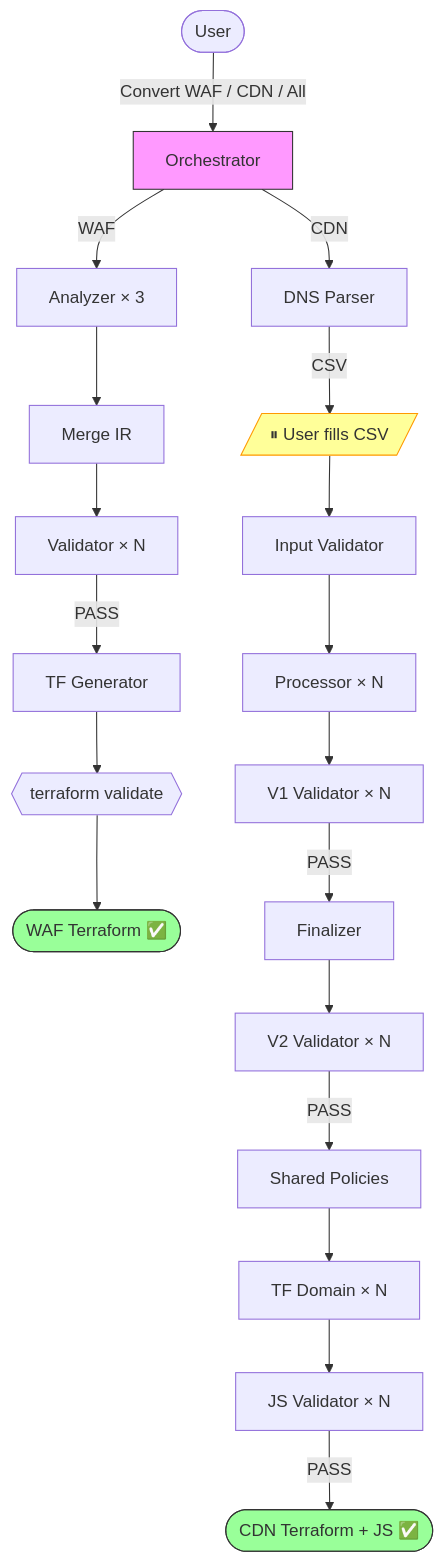
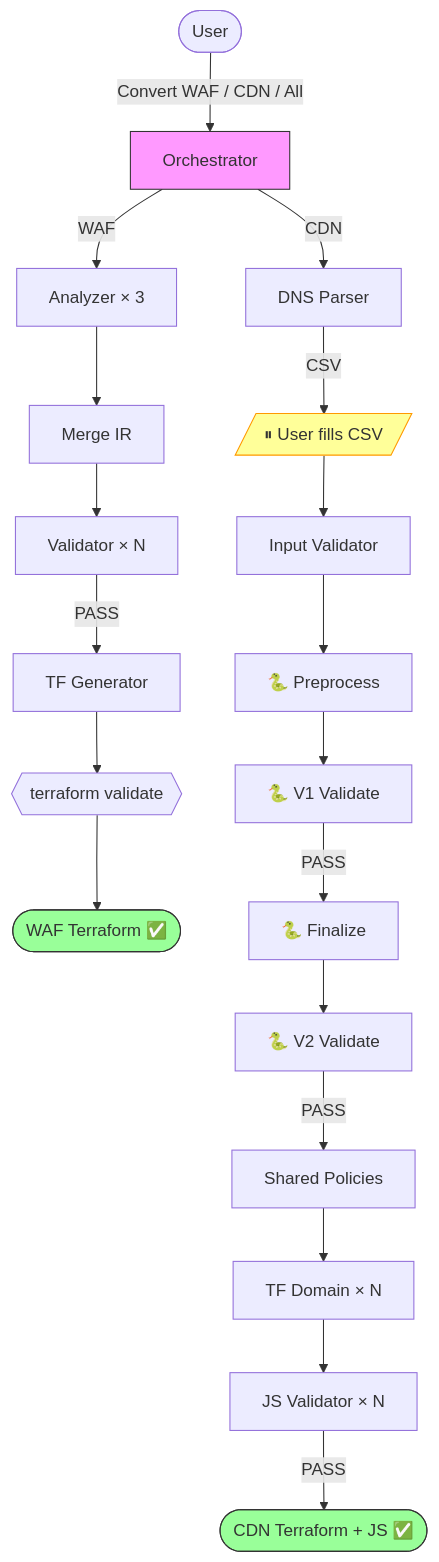
Before and after one commit to chenghit/cloudflare-aws-edge-config-converter: the diagram in README.md, drawn with Mermaid. The commit also changed other lines of this file and 45 other files, not shown here.

````diff
--- a/README.md
+++ b/README.md
@@ -76,22 +78,22 @@
 ```mermaid
 flowchart TD
     User([User]) -->|"Convert WAF / CDN / All"| Main["Orchestrator"]
 
     Main -->|WAF| WAF_A["Analyzer × 3"] --> WAF_M["Merge IR"] --> WAF_V["Validator × N"] -->|PASS| WAF_G["TF Generator"] --> WAF_T{{"terraform validate"}} --> WAF_Done([WAF Terraform ✅])
 
     Main -->|CDN| CDN1["DNS Parser"] -->|CSV| Pause[/"⏸ User fills CSV"/]
     Pause --> CDN2["Input Validator"]
-    CDN2 --> CDN3["Processor × N"]
-    CDN3 --> CDN4["V1 Validator × N"]
-    CDN4 -->|PASS| CDN5["Finalizer"]
-    CDN5 --> CDN6["V2 Validator × N"]
+    CDN2 --> CDN3["🐍 Preprocess"]
+    CDN3 --> CDN4["🐍 V1 Validate"]
+    CDN4 -->|PASS| CDN5["🐍 Finalize"]
+    CDN5 --> CDN6["🐍 V2 Validate"]
     CDN6 -->|PASS| CDN7["Shared Policies"]
     CDN7 --> CDN8["TF Domain × N"]
     CDN8 --> CDN9["JS Validator × N"]
     CDN9 -->|PASS| CDN_Done([CDN Terraform + JS ✅])
 
     style Main fill:#f9f,stroke:#333
     style Pause fill:#ff9,stroke:#f90
     style WAF_Done fill:#9f9,stroke:#333
     style CDN_Done fill:#9f9,stroke:#333
 ```
````
